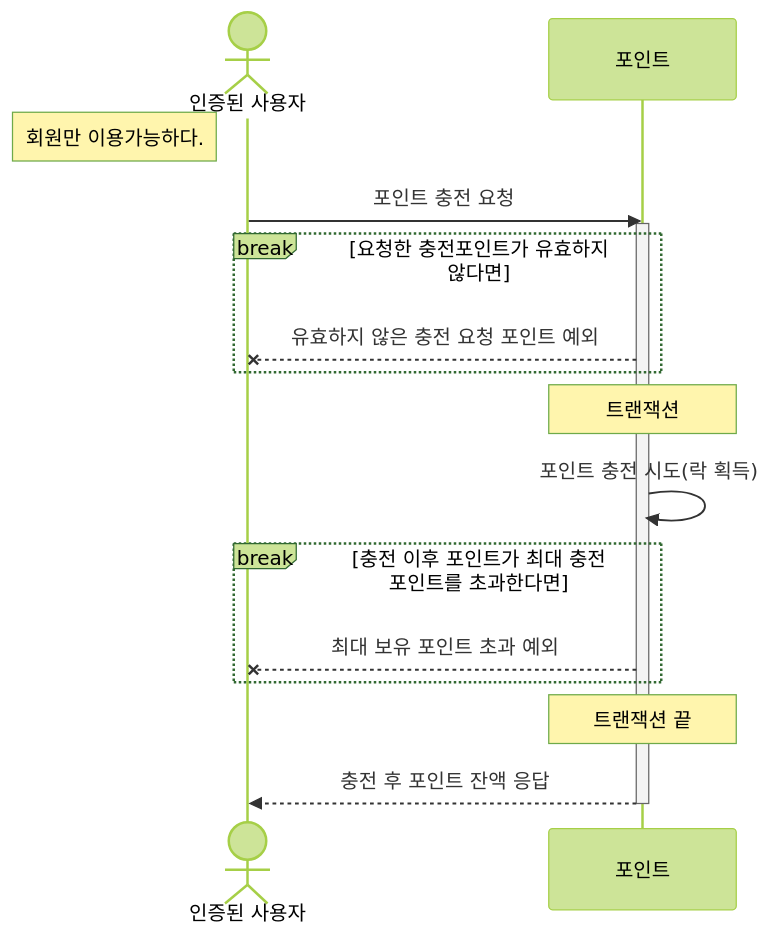
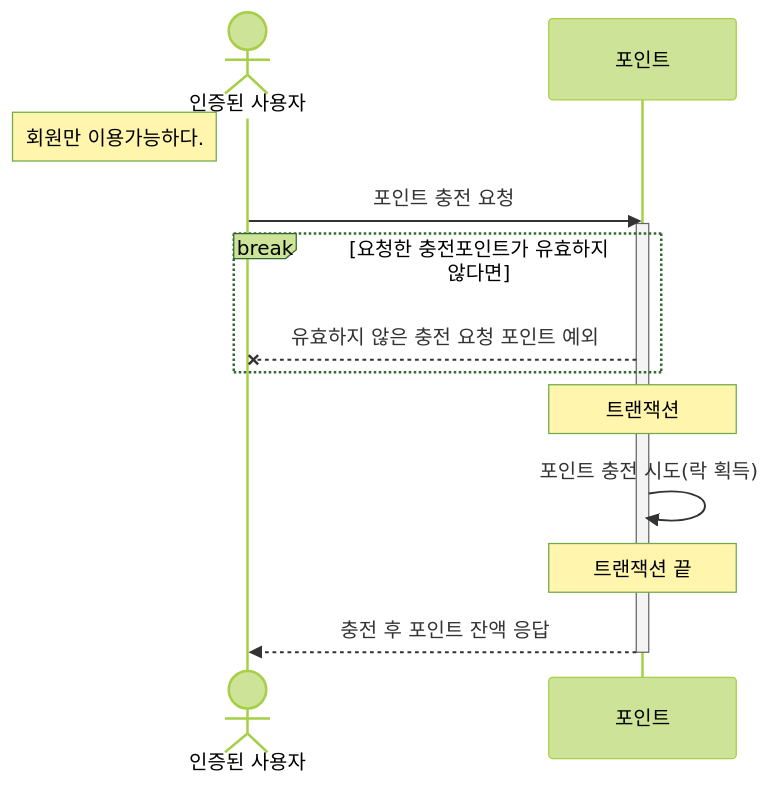
The diagram in docs/sequence-diagram/포인트충전.md (dhlee3994/ecommerce), drawn with Mermaid (forest theme) before and after one commit. The commit also changed 24 other files, not shown here.

````diff
--- a/docs/sequence-diagram/포인트충전.md
+++ b/docs/sequence-diagram/포인트충전.md
@@ -1,26 +1,22 @@
 ```mermaid
 sequenceDiagram 
     %% 인증된 사용자의 포인트 충전
     actor user as 인증된 사용자
     participant point as 포인트
     
     note left of user: 회원만 이용가능하다.
 
     user->>point: 포인트 충전 요청
     activate point
     break 요청한 충전포인트가 유효하지 않다면
         point--xuser: 유효하지 않은 충전 요청 포인트 예외
     end
     
     note over point: 트랜잭션 
     
     point->>point: 포인트 충전 시도(락 획득)
-    break 충전 이후 포인트가 최대 충전 포인트를 초과한다면 
-        point--xuser: 최대 보유 포인트 초과 예외
-    end
-    
     note over point: 트랜잭션 끝
     
     point-->>user: 충전 후 포인트 잔액 응답
     deactivate point
 ```
````
